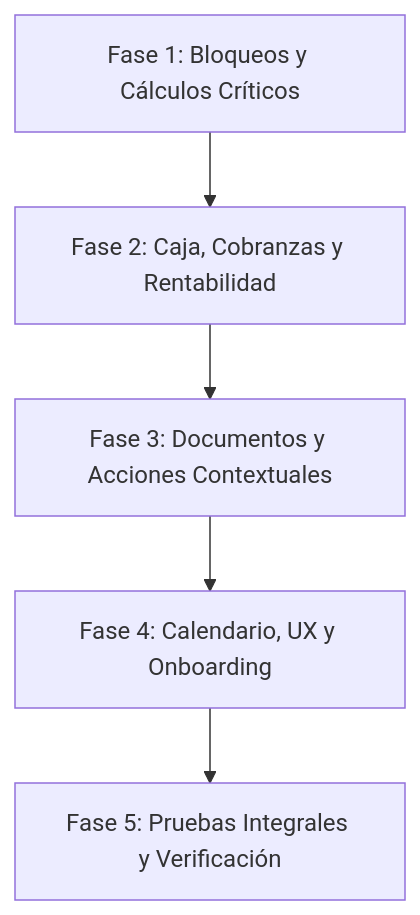
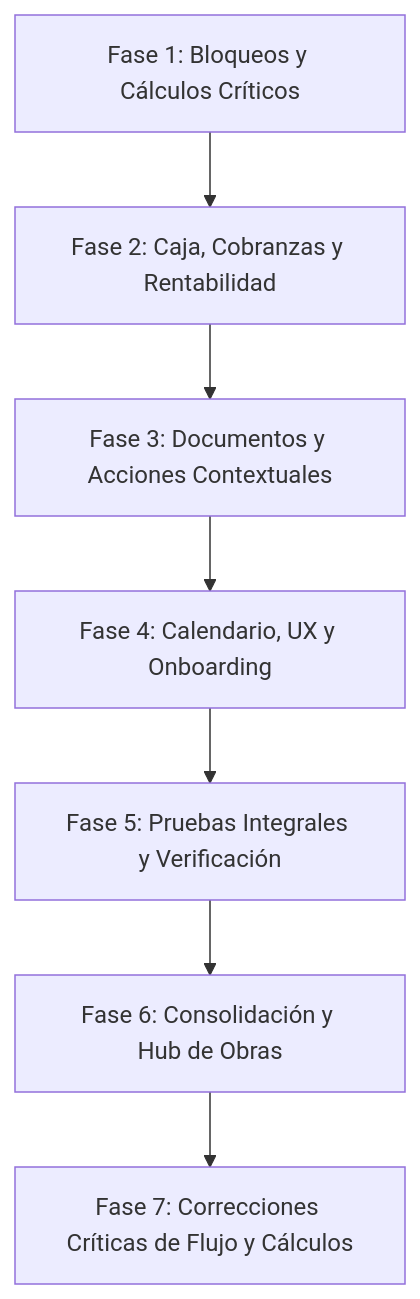
Before and after one commit to FittyAr/Certaro: the diagram in docs/plan-mejoras-flujo/01-PLAN-MAESTRO.md, drawn with Mermaid. The commit also changed other lines of this file and 36 other files, not shown here.

````diff
--- a/docs/plan-mejoras-flujo/01-PLAN-MAESTRO.md
+++ b/docs/plan-mejoras-flujo/01-PLAN-MAESTRO.md
@@ -51,7 +53,9 @@
 ```mermaid
 graph TD
     F1["Fase 1: Bloqueos y Cálculos Críticos"] --> F2["Fase 2: Caja, Cobranzas y Rentabilidad"]
     F2 --> F3["Fase 3: Documentos y Acciones Contextuales"]
     F3 --> F4["Fase 4: Calendario, UX y Onboarding"]
     F4 --> F5["Fase 5: Pruebas Integrales y Verificación"]
+    F5 --> F6["Fase 6: Consolidación y Hub de Obras"]
+    F6 --> F7["Fase 7: Correcciones Críticas de Flujo y Cálculos"]
 ```
````
